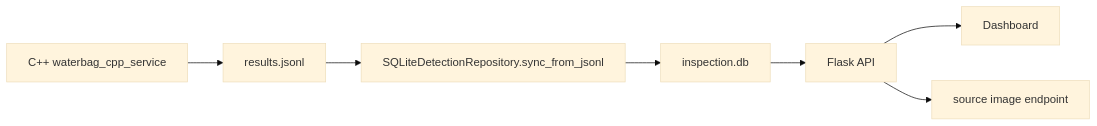
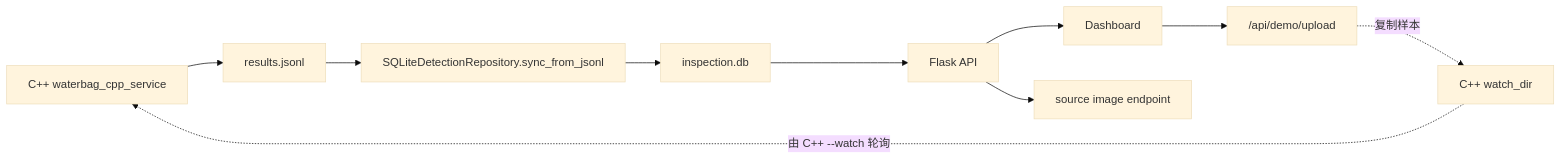
Before and after one commit to MzKyle/Defect-detection-of-water-sampling-bags: the diagram in docs/frontend/README.md, drawn with Mermaid (base theme). The commit also changed other lines of this file and 21 other files, not shown here.

````diff
--- a/docs/frontend/README.md
+++ b/docs/frontend/README.md
@@ -20,9 +20,12 @@
 ```mermaid
 flowchart LR
     CPP["C++ waterbag_cpp_service"] --> JSONL["results.jsonl"]
     JSONL --> IMPORT["SQLiteDetectionRepository.sync_from_jsonl"]
     IMPORT --> DB["inspection.db"]
     DB --> API["Flask API"]
     API --> UI["Dashboard"]
     API --> IMG["source image endpoint"]
+    UI --> UPLOAD["/api/demo/upload"]
+    UPLOAD -.复制样本.-> WATCH["C++ watch_dir"]
+    WATCH -.由 C++ --watch 轮询.-> CPP
 ```
````
